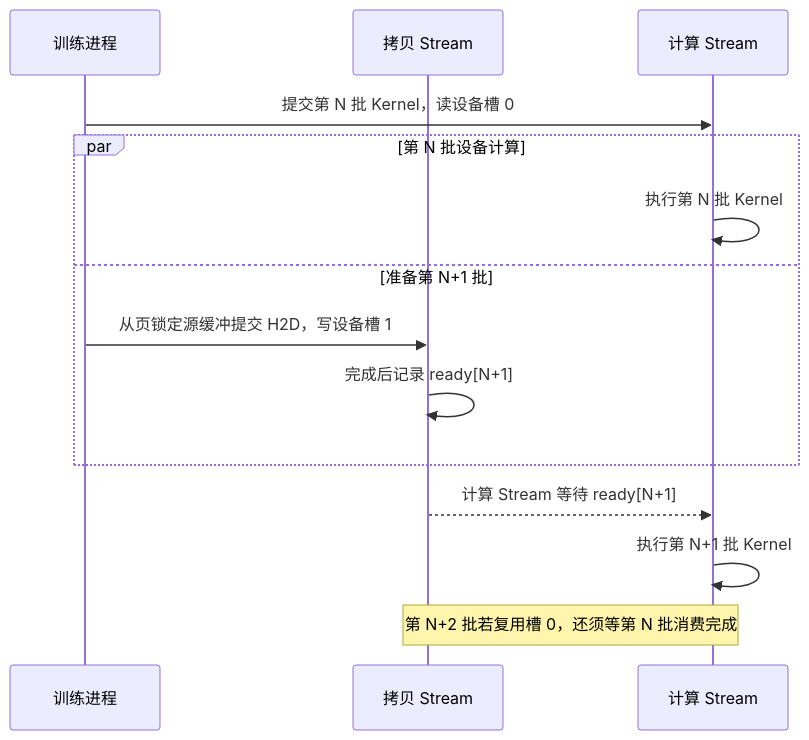
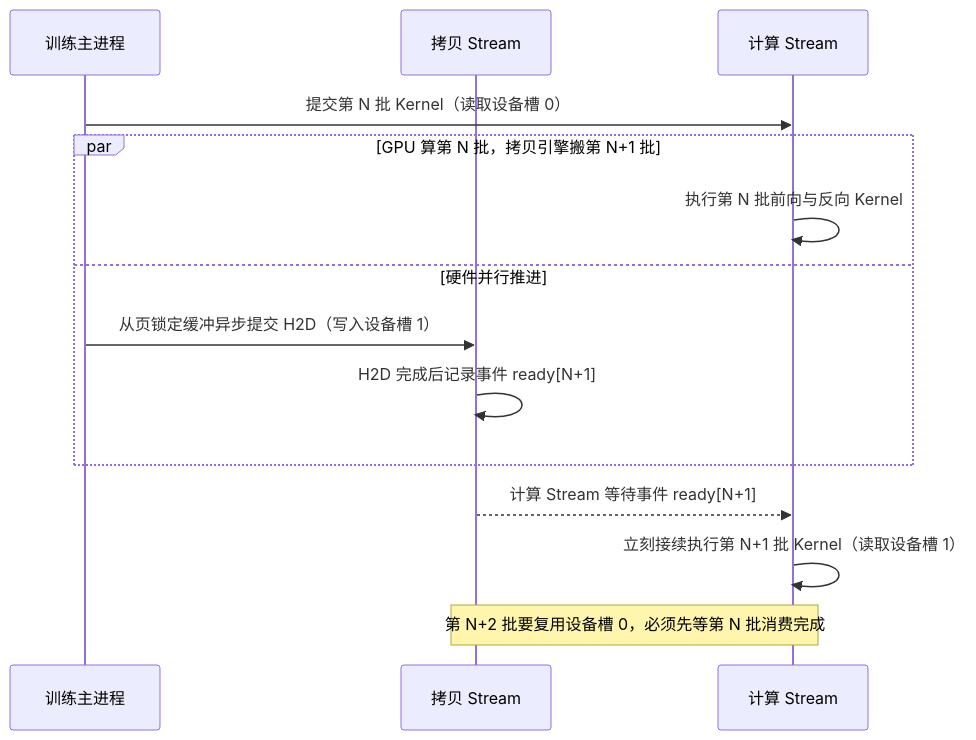
One commit to realtyz/ops-manual changed the diagram in AI-Infra/09_GPU的数据从哪里来_存储与IO/03_DataLoader 并发、批次预取与 H2D 流水线.md. Above: the diagram before and after it, drawn with Mermaid. The commit also changed other lines of this file and 194 other files, not shown here.

````diff
--- a/AI-Infra/09_GPU的数据从哪里来_存储与IO/03_DataLoader 并发、批次预取与 H2D 流水线.md
+++ b/AI-Infra/09_GPU的数据从哪里来_存储与IO/03_DataLoader 并发、批次预取与 H2D 流水线.md
@@ -105,16 +127,17 @@
 ```mermaid
 sequenceDiagram
-    participant CPU as 训练进程
+    accDescr: 展示训练进程使用双缓冲槽位、独立拷贝 Stream、计算 Stream 与 CUDA Event 实现第 N 批计算与第 N+1 批 H2D 重叠的时序过程。
+    participant CPU as 训练主进程
     participant Copy as 拷贝 Stream
     participant GPU as 计算 Stream
-    CPU->>GPU: 提交第 N 批 Kernel，读设备槽 0
-    par 第 N 批设备计算
-        GPU->>GPU: 执行第 N 批 Kernel
-    and 准备第 N+1 批
-        CPU->>Copy: 从页锁定源缓冲提交 H2D，写设备槽 1
-        Copy->>Copy: 完成后记录 ready[N+1]
+    CPU->>GPU: 提交第 N 批 Kernel（读取设备槽 0）
+    par GPU 算第 N 批，拷贝引擎搬第 N+1 批
+        GPU->>GPU: 执行第 N 批前向与反向 Kernel
+    and 硬件并行推进
+        CPU->>Copy: 从页锁定缓冲异步提交 H2D（写入设备槽 1）
+        Copy->>Copy: H2D 完成后记录事件 ready[N+1]
     end
-    Copy-->>GPU: 计算 Stream 等待 ready[N+1]
-    GPU->>GPU: 执行第 N+1 批 Kernel
-    Note over Copy,GPU: 第 N+2 批若复用槽 0，还须等第 N 批消费完成
+    Copy-->>GPU: 计算 Stream 等待事件 ready[N+1]
+    GPU->>GPU: 立刻接续执行第 N+1 批 Kernel（读取设备槽 1）
+    Note over Copy,GPU: 第 N+2 批要复用设备槽 0，必须先等第 N 批消费完成
 ```
````
